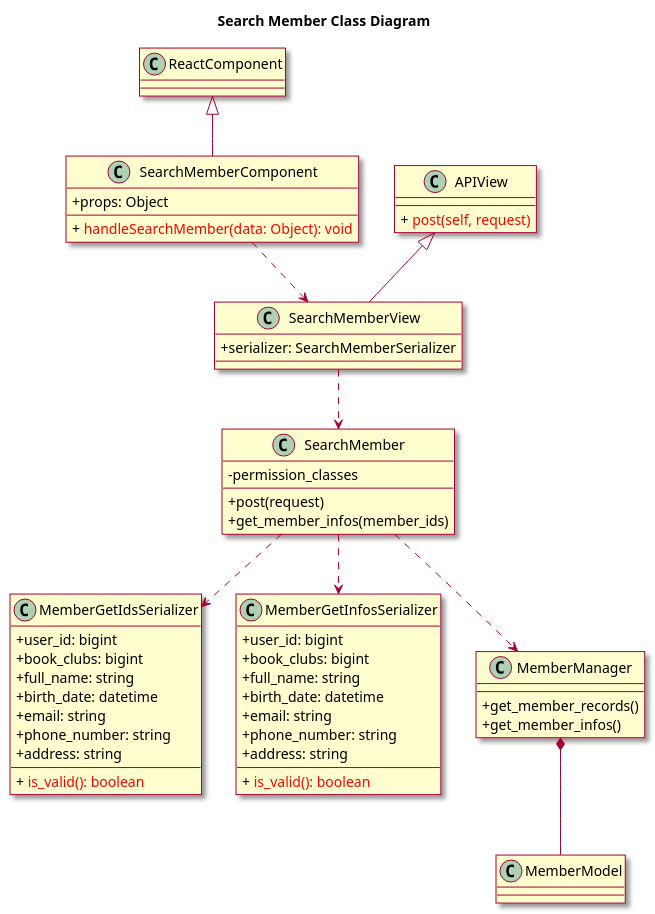
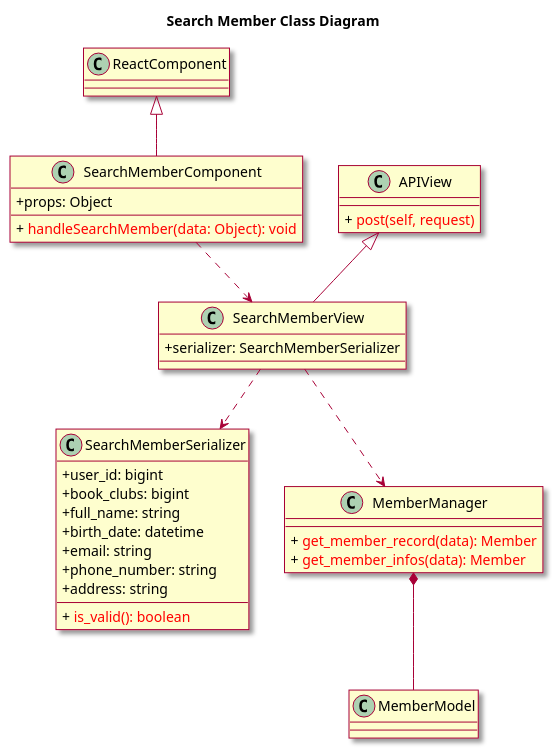
Before and after one commit to ljttl3q04t/Book-Over-There: the diagram in uml/025-class-search-member.wsd, drawn with PlantUML. The commit also changed 5 other files, not shown here.

```diff
--- a/uml/025-class-search-member.wsd
+++ b/uml/025-class-search-member.wsd
@@ -1,63 +1,46 @@
 @startuml
 skin rose
 skinparam classAttributeIconSize 0
 
 title Search Member Class Diagram
 class ReactComponent
 
 class SearchMemberComponent {
 	+ props: Object
 	+ {method} <color:red> handleSearchMember(data: Object): void
 }
 
 class SearchMemberView {
 	+ serializer: SearchMemberSerializer
 }
 
 class APIView {
 	+ {method} <color:red> post(self, request)
 }
-class SearchMember {
-  - permission_classes
-  + post(request)
-  + get_member_infos(member_ids)
-}
-class MemberGetIdsSerializer {
-	+ user_id: bigint
-    + book_clubs: bigint
-    + full_name: string
-    + birth_date: datetime 
-    + email: string
-    + phone_number: string
-    + address: string
-	+ {method} <color:red> is_valid(): boolean
-}
-class MemberGetInfosSerializer {
+class SearchMemberSerializer {
 	+ user_id: bigint
     + book_clubs: bigint
     + full_name: string
     + birth_date: datetime 
     + email: string
     + phone_number: string
     + address: string
 	+ {method} <color:red> is_valid(): boolean
 }
 
 class MemberManager {
-  + get_member_records()
-  + get_member_infos()
+  + {method} <color:red> get_member_record(data): Member
+  + {method} <color:red> get_member_infos(data): Member
 }
 
 class MemberModel {
 }
 
 ReactComponent <|-- SearchMemberComponent
 APIView <|-- SearchMemberView
 SearchMemberComponent ..> SearchMemberView
-SearchMemberView ..> SearchMember
-SearchMember ..> MemberGetIdsSerializer
-SearchMember ..> MemberGetInfosSerializer
-SearchMember ..> MemberManager
+SearchMemberView ..> SearchMemberSerializer
+SearchMemberView ..> MemberManager
 MemberManager *-- MemberModel
 
 @enduml
```
